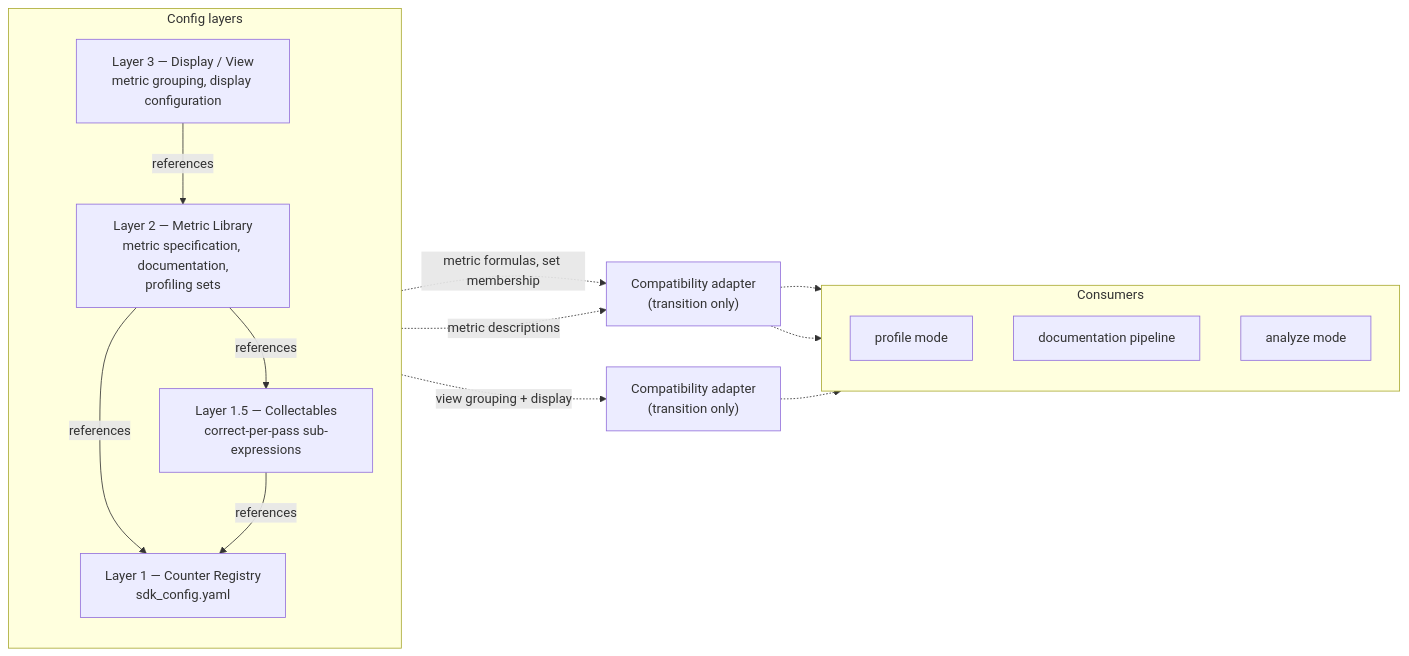
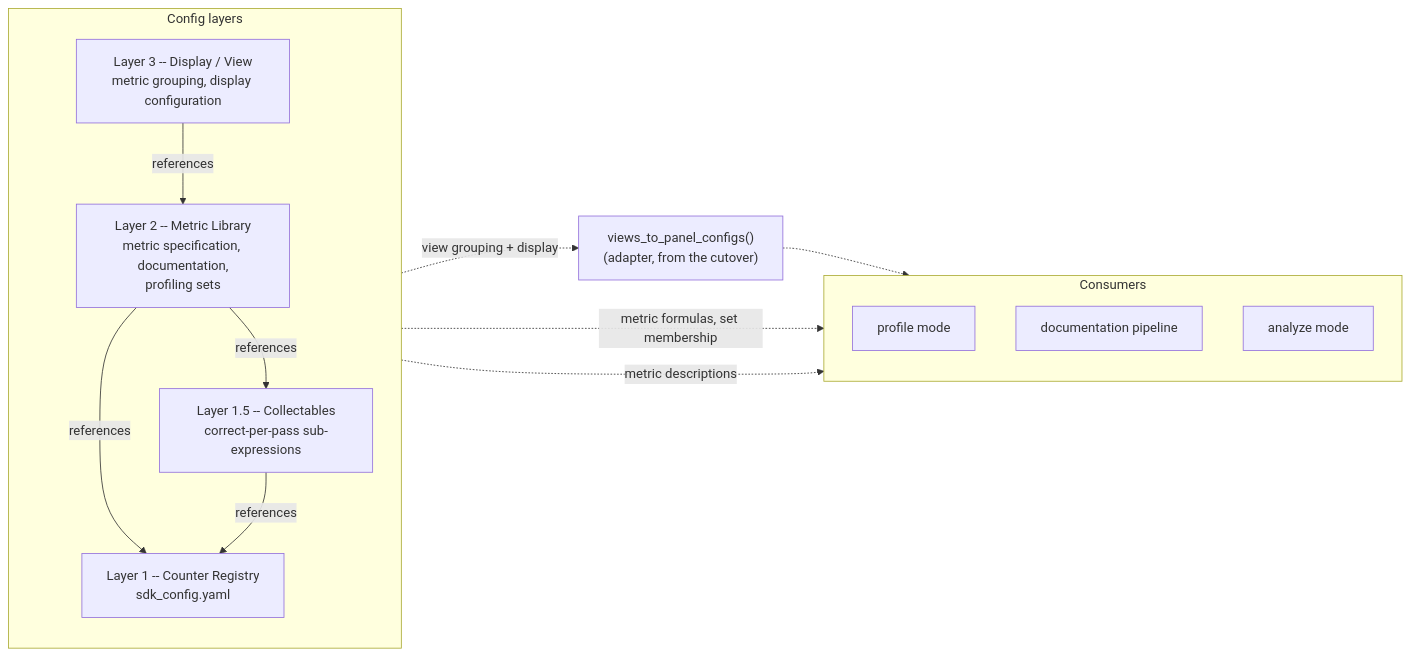
Before and after one commit to ROCm/rocm-systems: the second of 4 diagrams in projects/rocprofiler-compute/docs/design/analysis-config-redesign/hld-analysis-config-redesign.md, drawn with Mermaid. The commit also changed other lines of this file and 5 other files, not shown here.

First line of the commit message:
docs(rocprofiler-compute): Describe the metric library design

````diff
--- a/projects/rocprofiler-compute/docs/design/analysis-config-redesign/hld-analysis-config-redesign.md
+++ b/projects/rocprofiler-compute/docs/design/analysis-config-redesign/hld-analysis-config-redesign.md
@@ -227,29 +227,28 @@
 ```mermaid
 flowchart LR
     subgraph layers["Config layers"]
         direction TB
-        L1["Layer 1 — Counter Registry\nsdk_config.yaml"]
-        L1_5["Layer 1.5 — Collectables\ncorrect-per-pass sub-expressions"]
-        L2["Layer 2 — Metric Library\nmetric specification, documentation,\nprofiling sets"]
-        L3["Layer 3 — Display / View\nmetric grouping, display configuration"]
+        L1["Layer 1 -- Counter Registry\nsdk_config.yaml"]
+        L1_5["Layer 1.5 -- Collectables\ncorrect-per-pass sub-expressions"]
+        L2["Layer 2 -- Metric Library\nmetric specification, documentation,\nprofiling sets"]
+        L3["Layer 3 -- Display / View\nmetric grouping, display configuration"]
 
         L3 -->|references| L2
         L2 -->|references| L1_5
         L2 -->|references| L1
         L1_5 -->|references| L1
     end
 
-    adapter_L2["Compatibility adapter\n(transition only)"]
-    adapter_L3["Compatibility adapter\n(transition only)"]
+    adapter["views_to_panel_configs()\n(adapter, from the cutover)"]
 
     subgraph consumers["Consumers"]
         direction TB
         profile["profile mode"]
         docs["documentation pipeline"]
         analyze["analyze mode"]
     end
 
-    L2 -.->|metric formulas, set membership| adapter_L2 -.-> profile
-    L2 -.->|metric descriptions| adapter_L2 -.-> docs
-    L3 -.->|view grouping + display| adapter_L3 -.-> analyze
+    L2 -.->|metric formulas, set membership| profile
+    L2 -.->|metric descriptions| docs
+    L3 -.->|view grouping + display| adapter -.-> analyze
 ```
````
